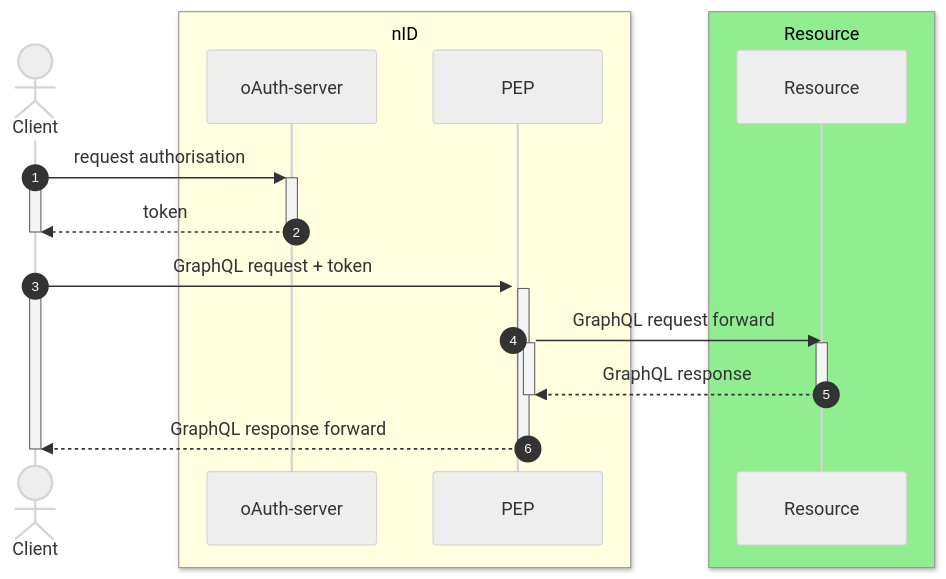
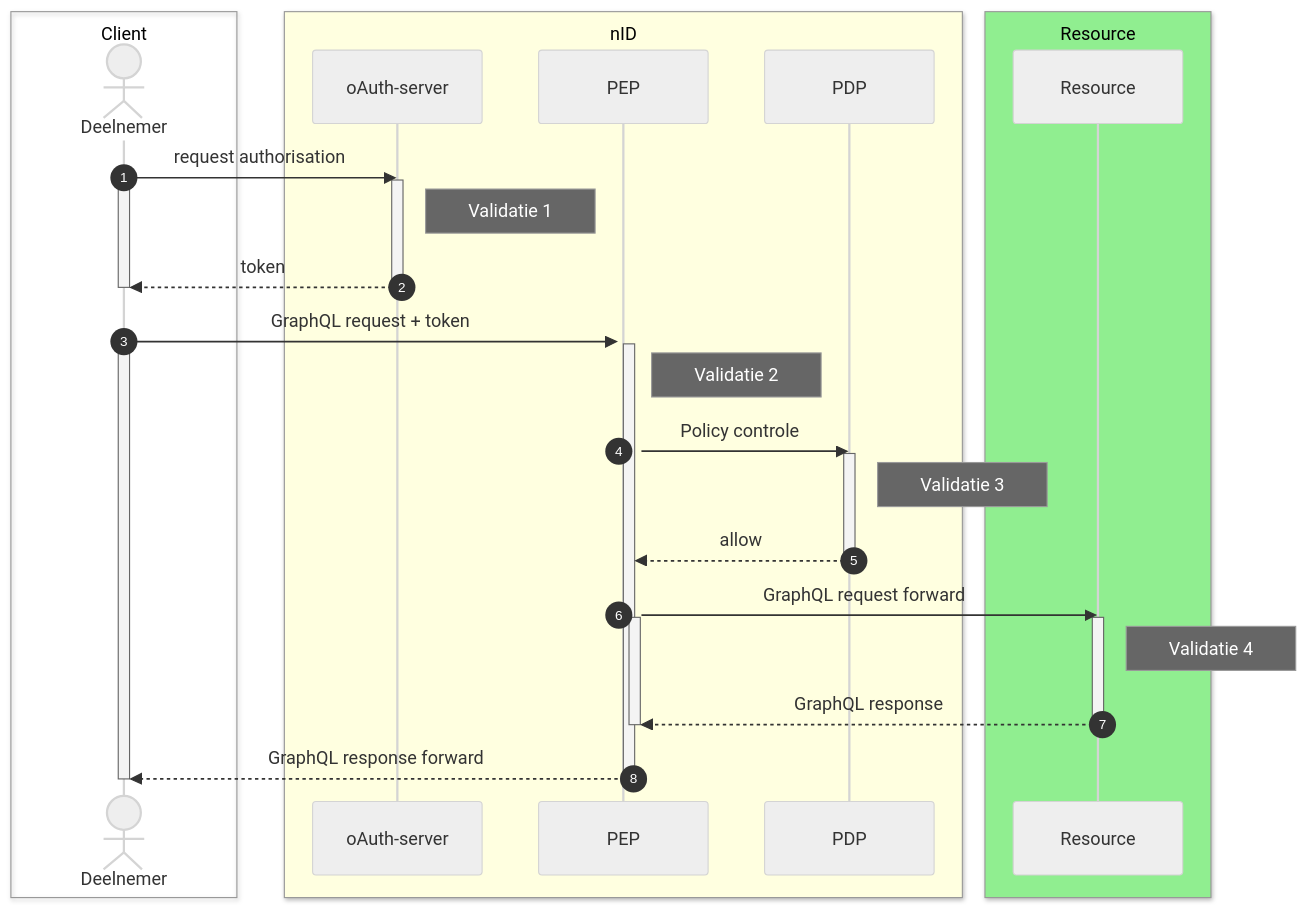
Before and after one commit to iStandaarden/iWlz-RequestForComment: the diagram in RFC/RFC0040 - GraphQL http-statuscodes.md, drawn with Mermaid. The commit also changed other lines of this file and 1 other file, not shown here.

````diff
--- a/RFC/RFC0040 - GraphQL http-statuscodes.md
+++ b/RFC/RFC0040 - GraphQL http-statuscodes.md
@@ -39,37 +73,50 @@
 ```mermaid
 ---
 config:
   theme: neutral
 ---
 sequenceDiagram
 autonumber
-  actor Client
+  box Client
+  actor Deelnemer
+  end
+
   box lightyellow nID
   participant authz as oAuth-server
   participant PEP
+  participant PDP
   end
+
   box lightgreen Resource
   participant Resource
   end
-  Client->>+authz: request authorisation
-  activate Client
-  authz-->>-Client: token
-  deactivate Client
-  Client->>+PEP: GraphQL request + token
-  
 
-  activate Client
-  activate PEP
-  PEP->>Resource: GraphQL request forward
-  
-  activate PEP
-  activate Resource
+  Deelnemer->>authz: request authorisation
+  activate authz
+  activate Deelnemer
+    note right of authz: Validatie 1
+    authz-->>Deelnemer: token
+  deactivate authz
+  deactivate Deelnemer
 
-  Resource-->>PEP: GraphQL response
-  deactivate Resource
-  deactivate PEP
-  PEP-->> Client: GraphQL response forward
-  deactivate PEP
-  deactivate Client
+  Deelnemer->>+PEP: GraphQL request + token
+  activate Deelnemer
+    activate PEP
+    note right of PEP: Validatie 2
+    PEP->>PDP: Policy controle
+      activate PDP
+      note right of PDP: Validatie 3
+      PDP-->>PEP: allow
+      deactivate PDP
+    PEP->>Resource: GraphQL request forward
+      activate PEP
+        activate Resource
+        note right of Resource: Validatie 4
+        Resource-->>PEP: GraphQL response
+        deactivate Resource
+      deactivate PEP
+    PEP-->> Deelnemer: GraphQL response forward
+    deactivate PEP
+  deactivate Deelnemer
 
 ```
````
